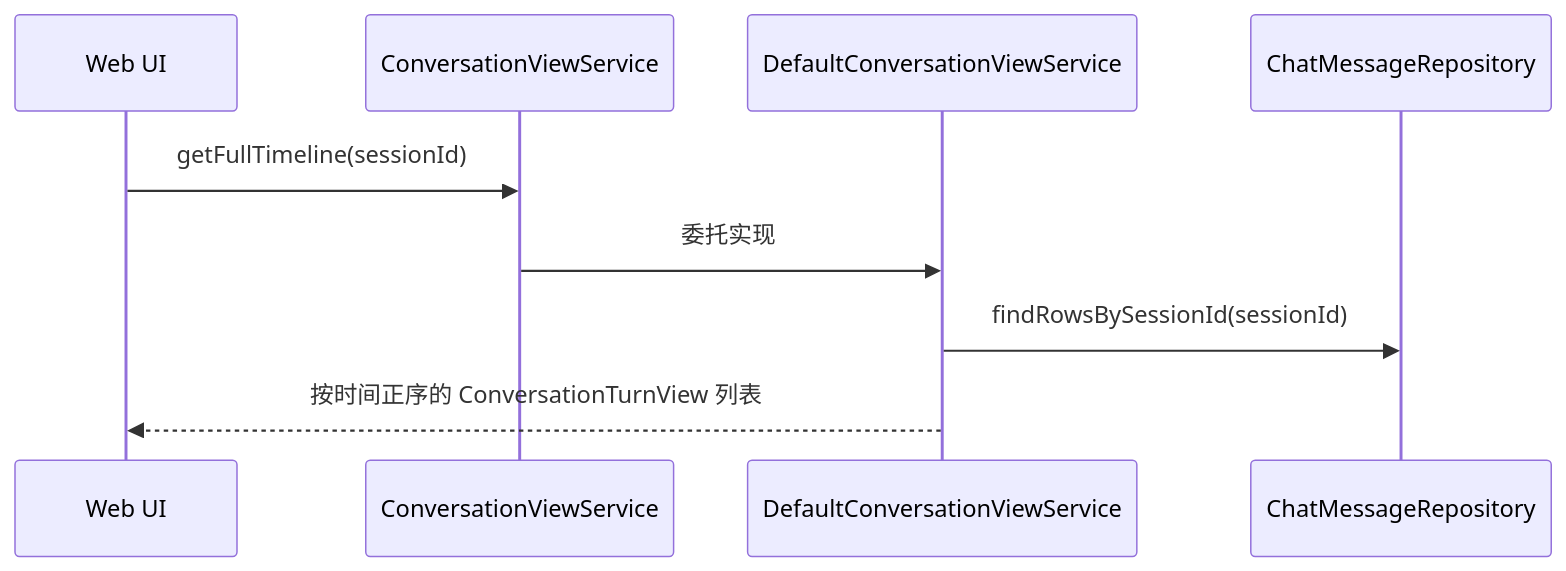
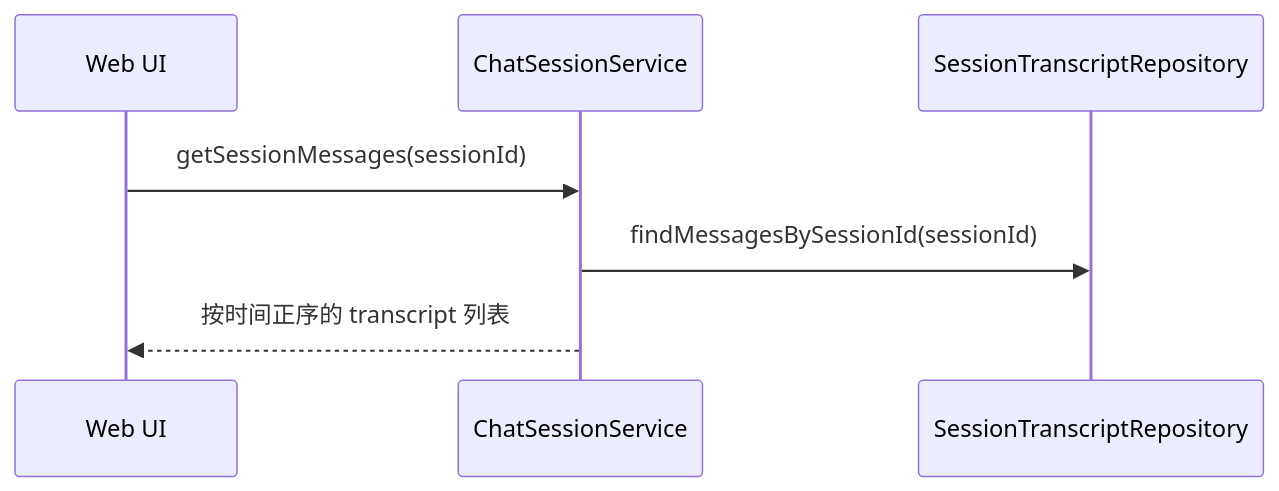
The third of 3 diagrams in docs/architecture/conversation.md (ntygod/LifePilot), drawn with Mermaid before and after one commit. The commit also changed other lines of this file and 576 other files, not shown here.

````diff
--- a/docs/architecture/conversation.md
+++ b/docs/architecture/conversation.md
@@ -106,12 +100,10 @@
 ```mermaid
 sequenceDiagram
     participant UI as Web UI
-    participant CVS as ConversationViewService
-    participant DCS as DefaultConversationViewService
-    participant Repo as ChatMessageRepository
+    participant CSS as ChatSessionService
+    participant Repo as SessionTranscriptRepository
 
-    UI->>CVS: getFullTimeline(sessionId)
-    CVS->>DCS: 委托实现
-    DCS->>Repo: findRowsBySessionId(sessionId)
-    DCS-->>UI: 按时间正序的 ConversationTurnView 列表
+    UI->>CSS: getSessionMessages(sessionId)
+    CSS->>Repo: findMessagesBySessionId(sessionId)
+    CSS-->>UI: 按时间正序的 transcript 列表
 ```
````
